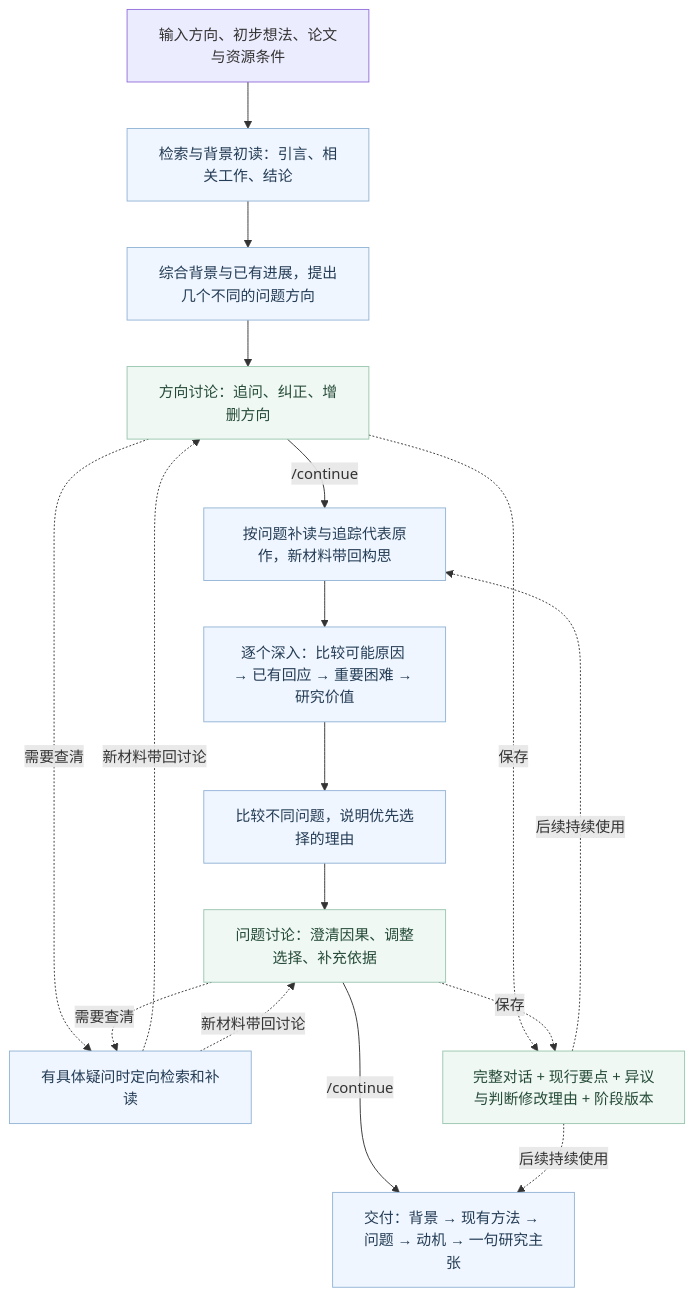
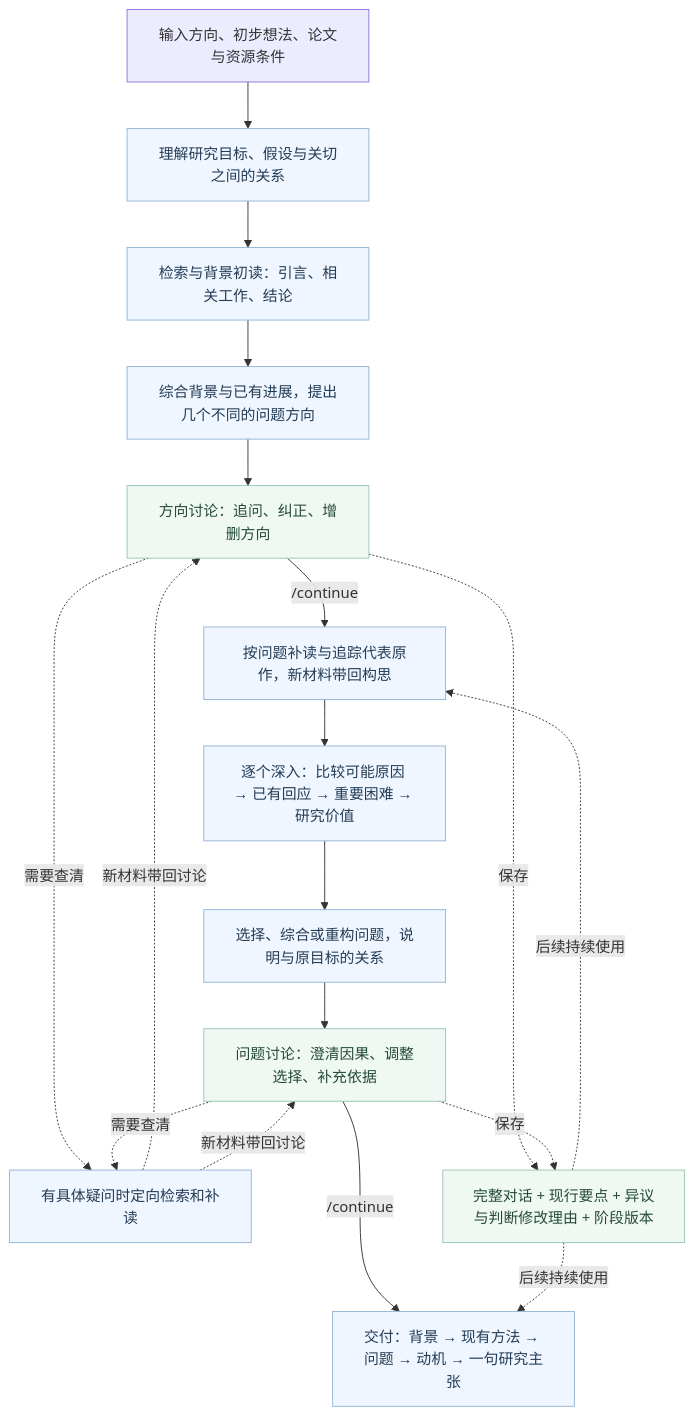
One commit to ghh1125/Research-idea changed the diagram in README.zh-CN.md. Above: the diagram before and after it, drawn with Mermaid. The commit also changed other lines of this file and 35 other files, not shown here.

````diff
--- a/README.zh-CN.md
+++ b/README.zh-CN.md
@@ -29,30 +29,31 @@
 ```mermaid
 flowchart TD
     U["输入方向、初步想法、论文与资源条件"]
     A["检索与背景初读：引言、相关工作、结论"]
     B["综合背景与已有进展，提出几个不同的问题方向"]
     D["方向讨论：追问、纠正、增删方向"]
     C["按问题补读与追踪代表原作，新材料带回构思"]
     X["逐个深入：比较可能原因 → 已有回应 → 重要困难 → 研究价值"]
-    E["比较不同问题，说明优先选择的理由"]
+    E["选择、综合或重构问题，说明与原目标的关系"]
     P["问题讨论：澄清因果、调整选择、补充依据"]
     R["有具体疑问时定向检索和补读"]
     O["交付：背景 → 现有方法 → 问题 → 动机 → 一句研究主张"]
     M["完整对话 + 现行要点 + 异议与判断修改理由 + 阶段版本"]
-    U --> A --> B --> D
+    I["理解研究目标、假设与关切之间的关系"]
+    U --> I --> A --> B --> D
     D -->|/continue| C
     C --> X --> E --> P
     P -->|/continue| O
     D -.需要查清.-> R
     P -.需要查清.-> R
     R -.新材料带回讨论.-> D
     R -.新材料带回讨论.-> P
     D -.保存.-> M
     P -.保存.-> M
     M -.后续持续使用.-> C
     M -.后续持续使用.-> O
     classDef work fill:#eff6ff,stroke:#93b4d6,color:#243c55
     classDef discuss fill:#f0f8f4,stroke:#9ac6af,color:#254b38
-    class A,B,C,X,E,R,O work
+    class I,A,B,C,X,E,R,O work
     class D,P,M discuss
 ```
````
